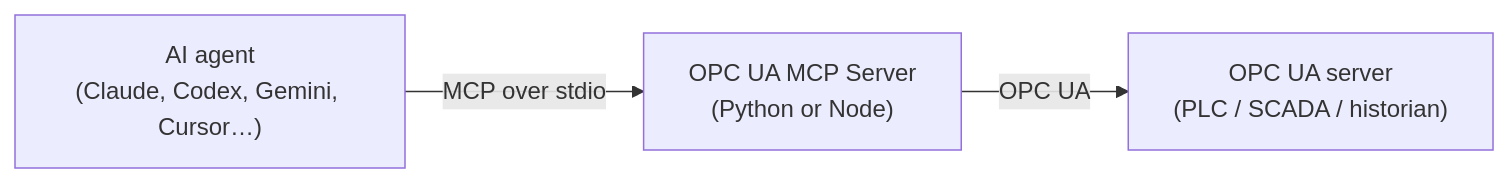
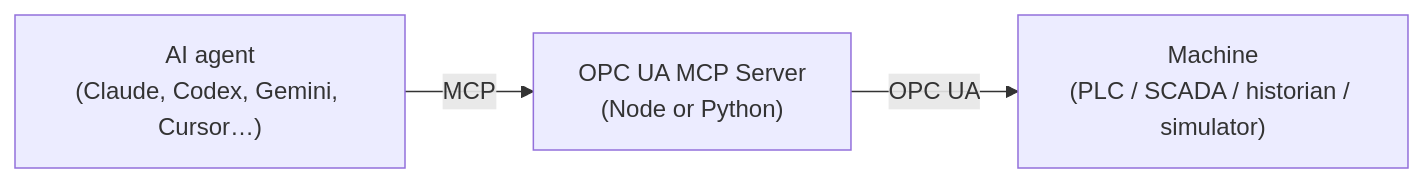
Before and after one commit to IndustriAgents/OPCUA-MCP: the diagram in README.md, drawn with Mermaid. The commit also changed other lines of this file and 1 other file, not shown here.

````diff
--- a/README.md
+++ b/README.md
@@ -49,5 +46,5 @@
 ```mermaid
 flowchart LR
-    A["AI agent<br/>(Claude, Codex, Gemini, Cursor…)"] -->|MCP over stdio| B["OPC UA MCP Server<br/>(Python or Node)"]
-    B -->|OPC UA| C["OPC UA server<br/>(PLC / SCADA / historian)"]
+    A["AI agent<br/>(Claude, Codex, Gemini, Cursor…)"] -->|MCP| B["OPC UA MCP Server<br/>(Node or Python)"]
+    B -->|OPC UA| C["Machine<br/>(PLC / SCADA / historian / simulator)"]
 ```
````
